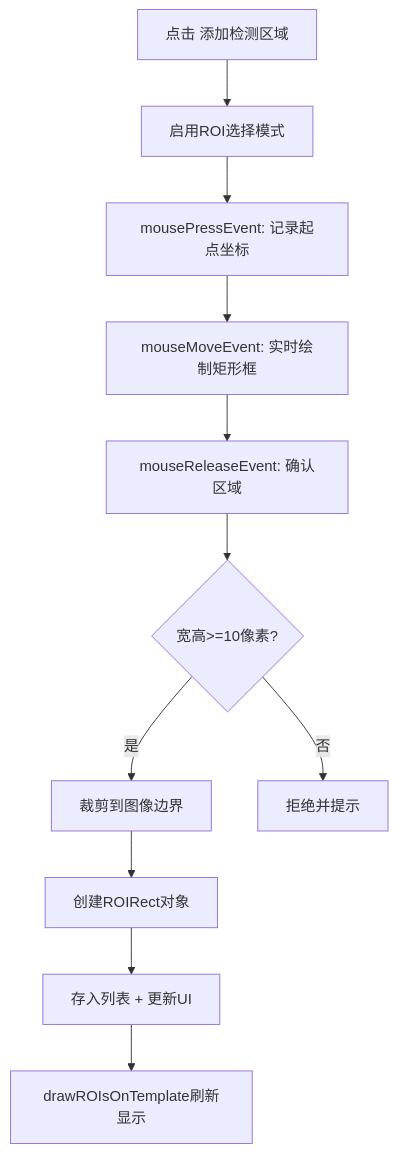
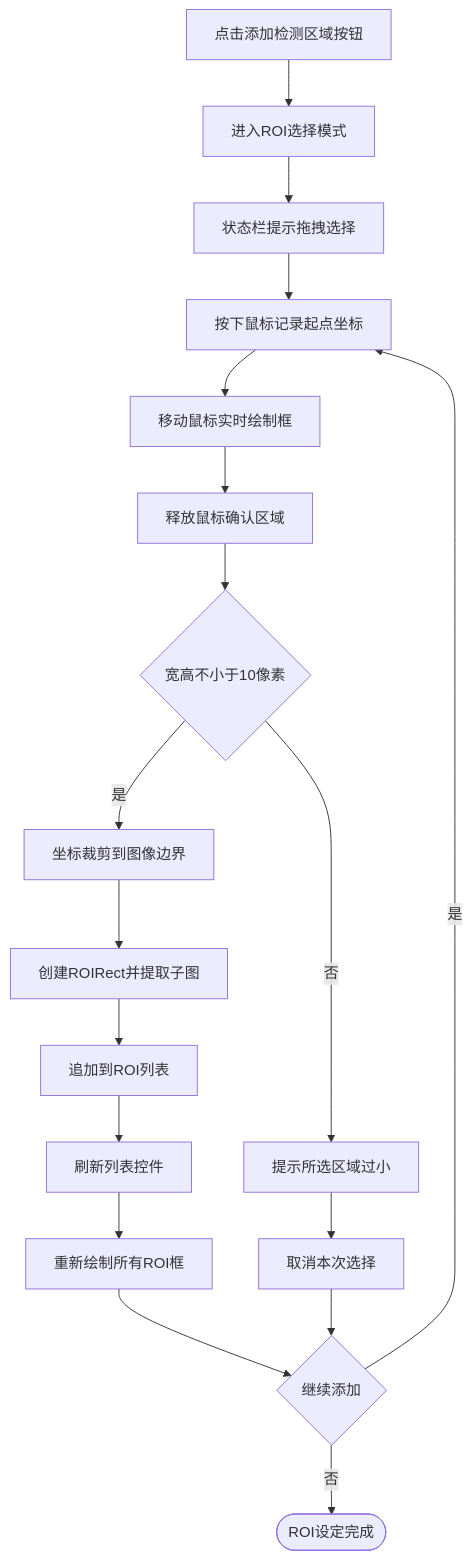
Before and after one commit to ggsmida1/CV_Project: the fourth of 11 diagrams in docs/期末大作业报告.md, drawn with Mermaid. The commit also changed other lines of this file, not shown here.

````diff
--- a/docs/期末大作业报告.md
+++ b/docs/期末大作业报告.md
@@ -98,13 +233,20 @@
 ```mermaid
 graph TD
-    A[点击 添加检测区域] --> B[启用ROI选择模式]
-    B --> C[mousePressEvent: 记录起点坐标]
-    C --> D[mouseMoveEvent: 实时绘制矩形框]
-    D --> E[mouseReleaseEvent: 确认区域]
-    E --> F{宽高>=10像素?}
-    F -->|是| G[裁剪到图像边界]
-    G --> H[创建ROIRect对象]
-    H --> I[存入列表 + 更新UI]
-    I --> J[drawROIsOnTemplate刷新显示]
-    F -->|否| K[拒绝并提示]
+    A[点击添加检测区域按钮] --> B[进入ROI选择模式]
+    B --> C[状态栏提示拖拽选择]
+    C --> D[按下鼠标记录起点坐标]
+    D --> E[移动鼠标实时绘制框]
+    E --> F[释放鼠标确认区域]
+    F --> G{宽高不小于10像素}
+    G -- 否 --> H[提示所选区域过小]
+    H --> I[取消本次选择]
+    G -- 是 --> J[坐标裁剪到图像边界]
+    J --> K[创建ROIRect并提取子图]
+    K --> L[追加到ROI列表]
+    L --> M[刷新列表控件]
+    M --> N[重新绘制所有ROI框]
+    N --> O{继续添加}
+    O -- 是 --> D
+    O -- 否 --> P([ROI设定完成])
+    I --> O
 ```
````
